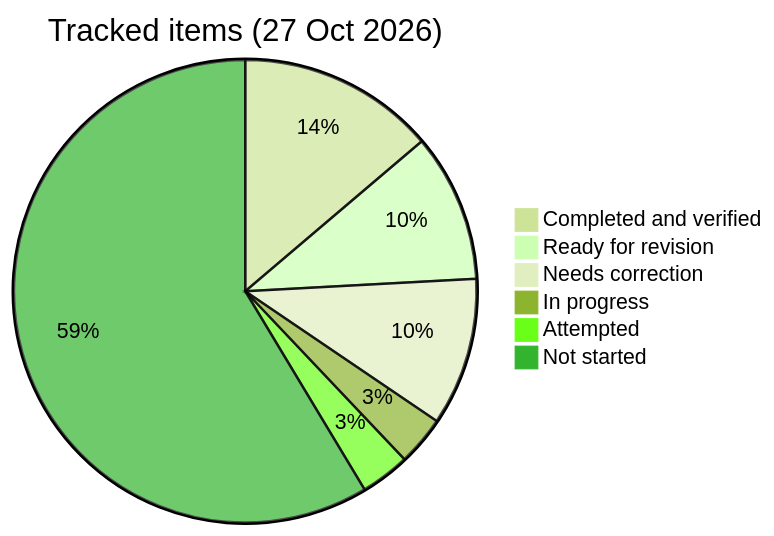
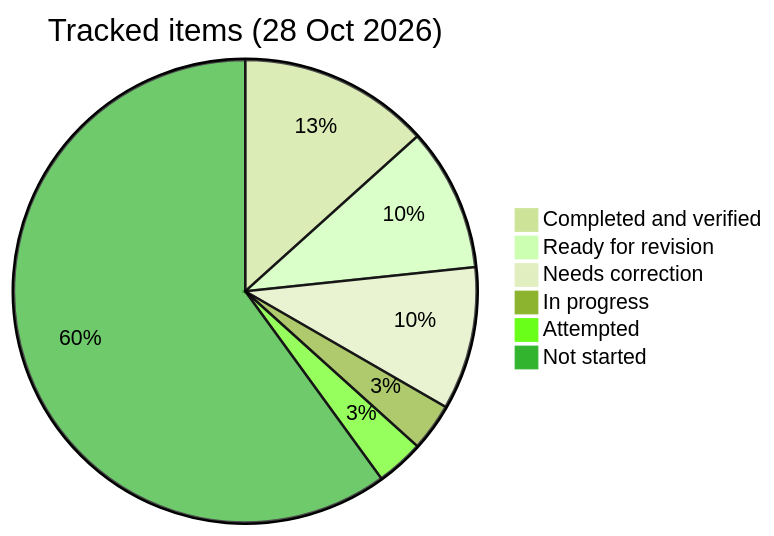
Before and after one commit to PrashantSury/java-switch-journey: the diagram in PROGRESS.md, drawn with Mermaid (forest theme). The commit also changed other lines of this file and 3 other files, not shown here.

````diff
--- a/PROGRESS.md
+++ b/PROGRESS.md
@@ -119,9 +120,9 @@
 ```mermaid
-pie title Tracked items (27 Oct 2026)
+pie title Tracked items (28 Oct 2026)
   "Completed and verified" : 4
   "Ready for revision" : 3
   "Needs correction" : 3
   "In progress" : 1
   "Attempted" : 1
-  "Not started" : 17
+  "Not started" : 18
 ```
````
